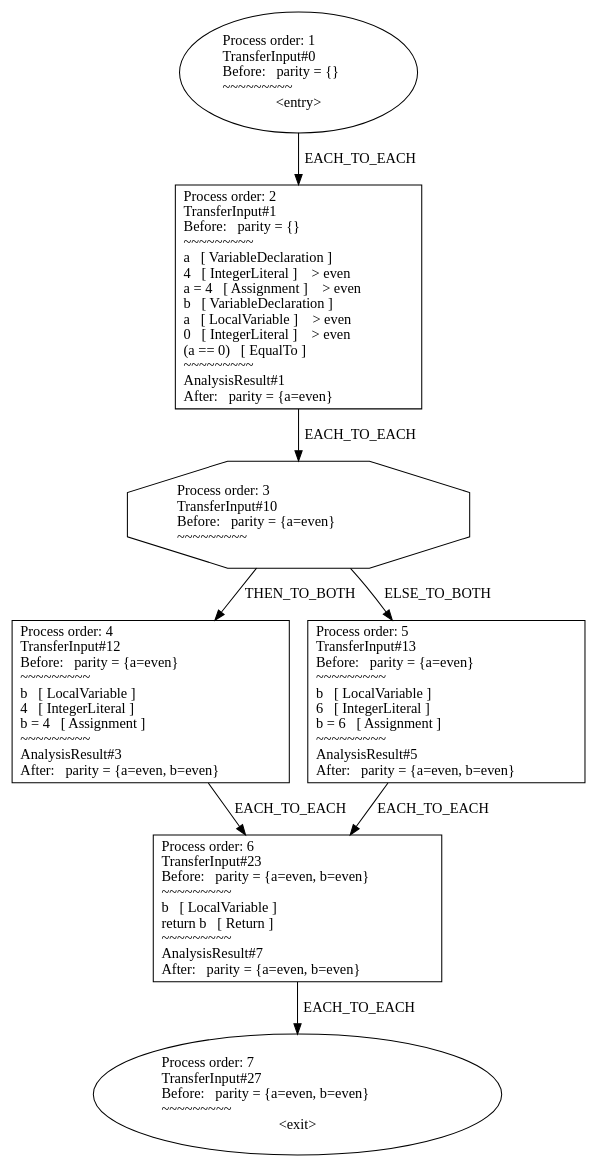
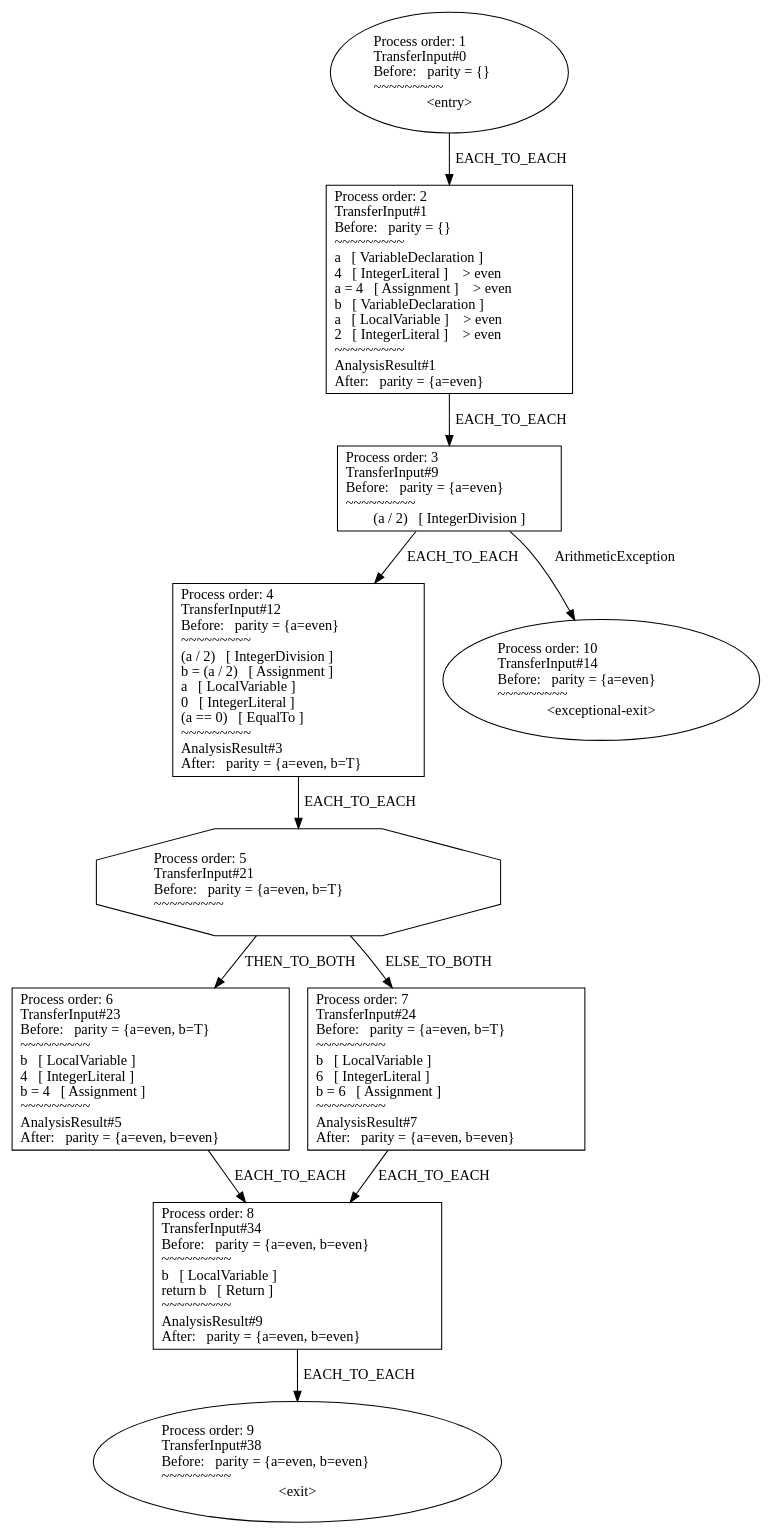
Before and after one commit to FZhg/cfg-parity-analysis: the diagram in testcases/ConstSimple/Test-test.dot, drawn with Graphviz. The commit also changed 6 other files, not shown here.

```diff
--- a/testcases/ConstSimple/Test-test.dot
+++ b/testcases/ConstSimple/Test-test.dot
@@ -1,17 +1,23 @@
 digraph {
     2 -> 3 [label="EACH_TO_EACH"];
     3 -> 4 [label="EACH_TO_EACH"];
-    4 -> 8 [label="THEN_TO_BOTH"];
-    4 -> 10 [label="ELSE_TO_BOTH"];
-    8 -> 11 [label="EACH_TO_EACH"];
-    10 -> 11 [label="EACH_TO_EACH"];
-    11 -> 0 [label="EACH_TO_EACH"];
+    4 -> 5 [label="EACH_TO_EACH"];
+    4 -> 1 [label="ArithmeticException"];
+    5 -> 6 [label="EACH_TO_EACH"];
+    6 -> 10 [label="THEN_TO_BOTH"];
+    6 -> 12 [label="ELSE_TO_BOTH"];
+    10 -> 13 [label="EACH_TO_EACH"];
+    12 -> 13 [label="EACH_TO_EACH"];
+    13 -> 0 [label="EACH_TO_EACH"];
 
     2 [shape=oval label="Process order: 1\lTransferInput#0\lBefore:   parity = {}\l~~~~~~~~~\l<entry>"];
-    3 [shape=rectangle label="Process order: 2\lTransferInput#1\lBefore:   parity = {}\l~~~~~~~~~\la   [ VariableDeclaration ]\l4   [ IntegerLiteral ]    > even\la = 4   [ Assignment ]    > even\lb   [ VariableDeclaration ]\la   [ LocalVariable ]    > even\l0   [ IntegerLiteral ]    > even\l(a == 0)   [ EqualTo ]\l~~~~~~~~~\lAnalysisResult#1\lAfter:   parity = {a=even}\l"];
-    4 [shape=polygon sides=8 label="Process order: 3\lTransferInput#10\lBefore:   parity = {a=even}\l~~~~~~~~~\l"];
-    8 [shape=rectangle label="Process order: 4\lTransferInput#12\lBefore:   parity = {a=even}\l~~~~~~~~~\lb   [ LocalVariable ]\l4   [ IntegerLiteral ]\lb = 4   [ Assignment ]\l~~~~~~~~~\lAnalysisResult#3\lAfter:   parity = {a=even, b=even}\l"];
-    10 [shape=rectangle label="Process order: 5\lTransferInput#13\lBefore:   parity = {a=even}\l~~~~~~~~~\lb   [ LocalVariable ]\l6   [ IntegerLiteral ]\lb = 6   [ Assignment ]\l~~~~~~~~~\lAnalysisResult#5\lAfter:   parity = {a=even, b=even}\l"];
-    11 [shape=rectangle label="Process order: 6\lTransferInput#23\lBefore:   parity = {a=even, b=even}\l~~~~~~~~~\lb   [ LocalVariable ]\lreturn b   [ Return ]\l~~~~~~~~~\lAnalysisResult#7\lAfter:   parity = {a=even, b=even}\l"];
-    0 [shape=oval label="Process order: 7\lTransferInput#27\lBefore:   parity = {a=even, b=even}\l~~~~~~~~~\l<exit>"];
+    3 [shape=rectangle label="Process order: 2\lTransferInput#1\lBefore:   parity = {}\l~~~~~~~~~\la   [ VariableDeclaration ]\l4   [ IntegerLiteral ]    > even\la = 4   [ Assignment ]    > even\lb   [ VariableDeclaration ]\la   [ LocalVariable ]    > even\l2   [ IntegerLiteral ]    > even\l~~~~~~~~~\lAnalysisResult#1\lAfter:   parity = {a=even}\l"];
+    4 [shape=rectangle label="Process order: 3\lTransferInput#9\lBefore:   parity = {a=even}\l~~~~~~~~~\l(a / 2)   [ IntegerDivision ]"];
+    5 [shape=rectangle label="Process order: 4\lTransferInput#12\lBefore:   parity = {a=even}\l~~~~~~~~~\l(a / 2)   [ IntegerDivision ]\lb = (a / 2)   [ Assignment ]\la   [ LocalVariable ]\l0   [ IntegerLiteral ]\l(a == 0)   [ EqualTo ]\l~~~~~~~~~\lAnalysisResult#3\lAfter:   parity = {a=even, b=T}\l"];
+    1 [shape=oval label="Process order: 10\lTransferInput#14\lBefore:   parity = {a=even}\l~~~~~~~~~\l<exceptional-exit>"];
+    6 [shape=polygon sides=8 label="Process order: 5\lTransferInput#21\lBefore:   parity = {a=even, b=T}\l~~~~~~~~~\l"];
+    10 [shape=rectangle label="Process order: 6\lTransferInput#23\lBefore:   parity = {a=even, b=T}\l~~~~~~~~~\lb   [ LocalVariable ]\l4   [ IntegerLiteral ]\lb = 4   [ Assignment ]\l~~~~~~~~~\lAnalysisResult#5\lAfter:   parity = {a=even, b=even}\l"];
+    12 [shape=rectangle label="Process order: 7\lTransferInput#24\lBefore:   parity = {a=even, b=T}\l~~~~~~~~~\lb   [ LocalVariable ]\l6   [ IntegerLiteral ]\lb = 6   [ Assignment ]\l~~~~~~~~~\lAnalysisResult#7\lAfter:   parity = {a=even, b=even}\l"];
+    13 [shape=rectangle label="Process order: 8\lTransferInput#34\lBefore:   parity = {a=even, b=even}\l~~~~~~~~~\lb   [ LocalVariable ]\lreturn b   [ Return ]\l~~~~~~~~~\lAnalysisResult#9\lAfter:   parity = {a=even, b=even}\l"];
+    0 [shape=oval label="Process order: 9\lTransferInput#38\lBefore:   parity = {a=even, b=even}\l~~~~~~~~~\l<exit>"];
 }
```
